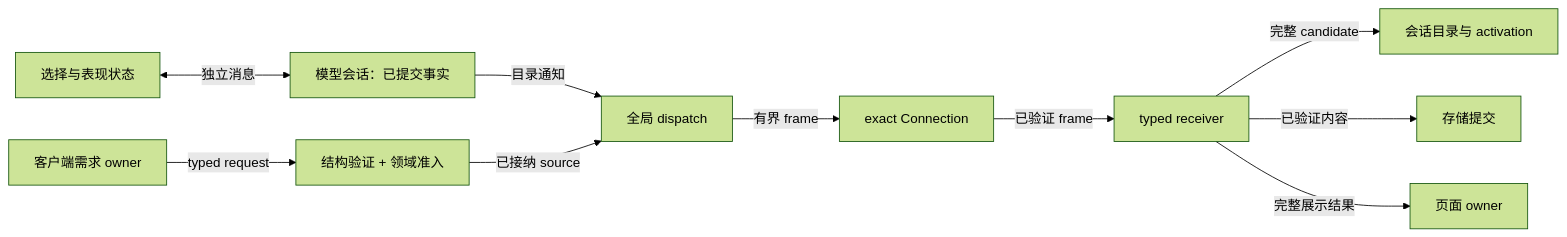
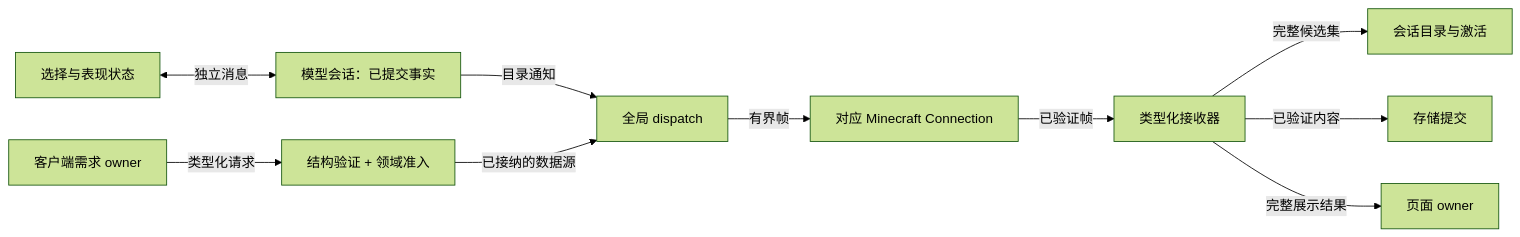
One commit to YesSteveModel/YesSteveModel changed the first of 2 diagrams in docs/architecture/network/overview.md. Above: the diagram before and after it, drawn with Mermaid (forest theme). The commit also changed other lines of this file and 1109 other files, not shown here.

````diff
--- a/docs/architecture/network/overview.md
+++ b/docs/architecture/network/overview.md
@@ -25,12 +25,12 @@
 ```mermaid
 flowchart LR
     Authority["模型会话：已提交事实"] -->|目录通知| Dispatch["全局 dispatch"]
-    Demand["客户端需求 owner"] -->|typed request| Admission["结构验证 + 领域准入"]
-    Admission -->|已接纳 source| Dispatch
-    Dispatch -->|有界 frame| Transport["exact Connection"]
-    Transport -->|已验证 frame| Receiver["typed receiver"]
-    Receiver -->|完整 candidate| Session["会话目录与 activation"]
+    Demand["客户端需求 owner"] -->|类型化请求| Admission["结构验证 + 领域准入"]
+    Admission -->|已接纳的数据源| Dispatch
+    Dispatch -->|有界帧| Transport["对应 Minecraft Connection"]
+    Transport -->|已验证帧| Receiver["类型化接收器"]
+    Receiver -->|完整候选集| Session["会话目录与激活"]
     Receiver -->|已验证内容| Storage["存储提交"]
     Receiver -->|完整展示结果| Page["页面 owner"]
     State["选择与表现状态"] <-->|独立消息| Authority
 ```
````
